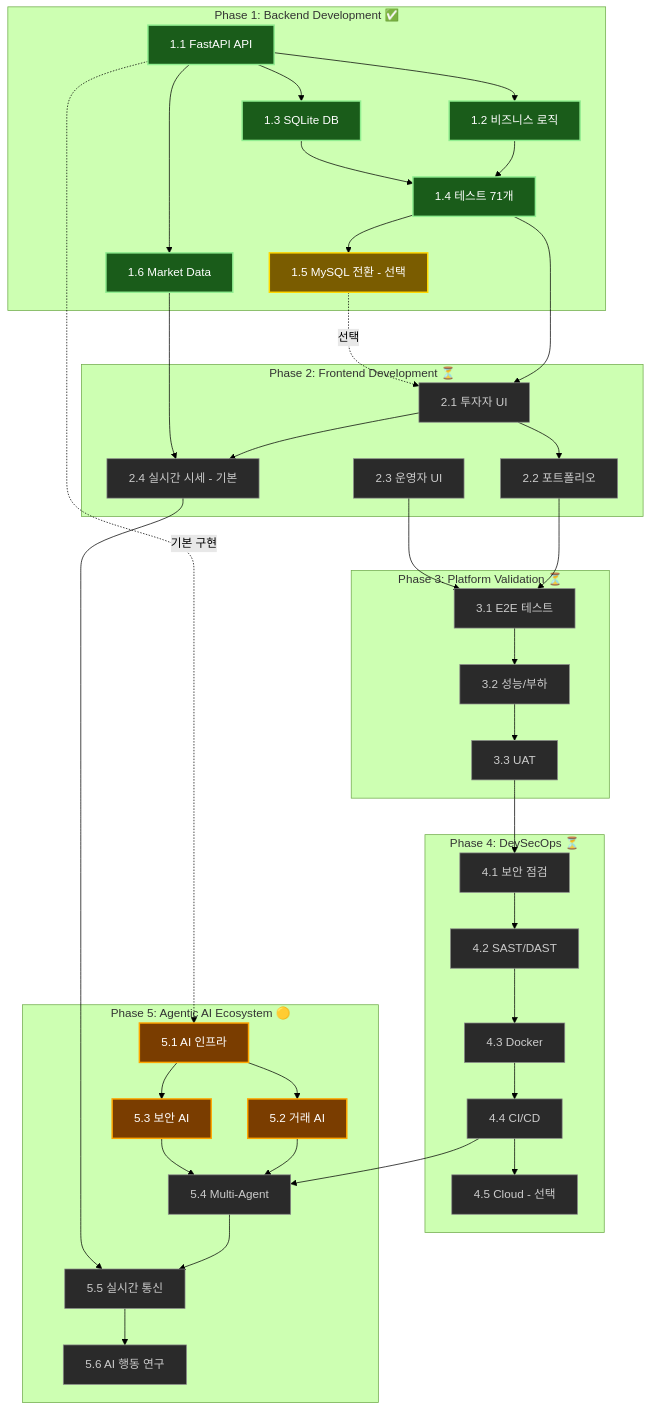
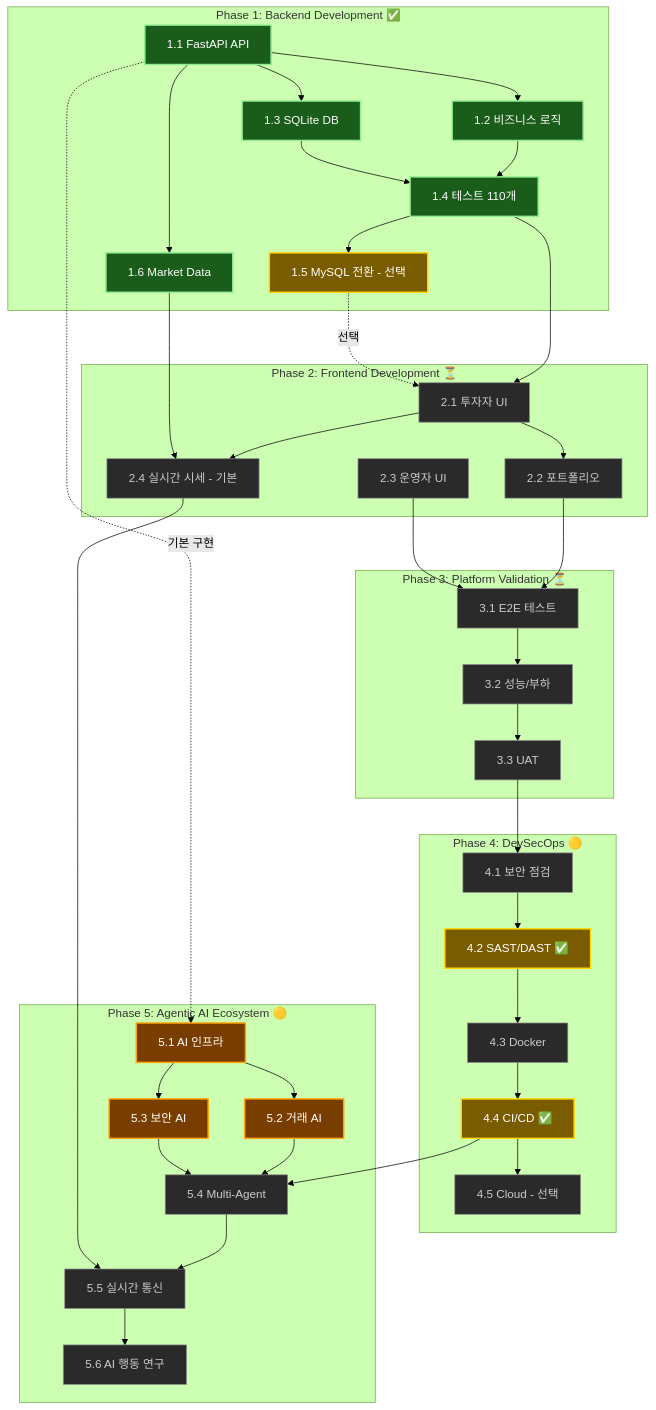
The first of 2 diagrams in README.md (phantomITer/devsecops-trading-platform-lab-with-agentic-ai), drawn with Mermaid (forest theme) before and after one commit. The commit also changed other lines of this file and 7 other files, not shown here.

````diff
--- a/README.md
+++ b/README.md
@@ -129,76 +129,76 @@
 ```mermaid
 graph TB
     subgraph P1["Phase 1: Backend Development ✅"]
         A1[1.1 FastAPI API] --> A2[1.2 비즈니스 로직]
         A1 --> A3[1.3 SQLite DB]
-        A2 --> A4[1.4 테스트 71개]
+        A2 --> A4[1.4 테스트 110개]
         A3 --> A4
         A4 --> A5[1.5 MySQL 전환 - 선택]
         A1 --> A6[1.6 Market Data]
     end
 
     subgraph P2["Phase 2: Frontend Development ⏳"]
         B1[2.1 투자자 UI]
         B2[2.2 포트폴리오]
         B3[2.3 운영자 UI]
         B4[2.4 실시간 시세 - 기본]
         B1 --> B2
         B1 --> B4
     end
 
     subgraph P3["Phase 3: Platform Validation ⏳"]
         C1[3.1 E2E 테스트]
         C2[3.2 성능/부하]
         C3[3.3 UAT]
         C1 --> C2
         C2 --> C3
     end
 
-    subgraph P4["Phase 4: DevSecOps ⏳"]
+    subgraph P4["Phase 4: DevSecOps 🟡"]
         D1[4.1 보안 점검]
-        D2[4.2 SAST/DAST]
+        D2[4.2 SAST/DAST ✅]
         D3[4.3 Docker]
-        D4[4.4 CI/CD]
+        D4[4.4 CI/CD ✅]
         D5[4.5 Cloud - 선택]
         D1 --> D2
         D2 --> D3
         D3 --> D4
         D4 --> D5
     end
 
     subgraph P5["Phase 5: Agentic AI Ecosystem 🟡"]
         E1[5.1 AI 인프라]
         E2[5.2 거래 AI]
         E3[5.3 보안 AI]
         E4[5.4 Multi-Agent]
         E5[5.5 실시간 통신]
         E6[5.6 AI 행동 연구]
         E1 --> E2
         E1 --> E3
         E2 --> E4
         E3 --> E4
         E4 --> E5
         E5 --> E6
     end
 
     %% Phase 간 의존성
     A4 --> B1
     A5 -.선택.-> B1
     A6 --> B4
     B2 --> C1
     B3 --> C1
     C3 --> D1
     A1 -.기본 구현.-> E1
     B4 --> E5
     D4 --> E4
 
     classDef completed fill:#1a5c1a,stroke:#90EE90,stroke-width:2px,color:#ffffff
     classDef inProgress fill:#7a5c00,stroke:#FFD700,stroke-width:2px,color:#ffffff
     classDef waiting fill:#2a2a2a,stroke:#888888,stroke-width:1px,color:#cccccc
     classDef partial fill:#7a3d00,stroke:#FFA500,stroke-width:2px,color:#ffffff
 
     class A1,A2,A3,A4,A6 completed
-    class A5 inProgress
-    class B1,B2,B3,B4,C1,C2,C3,D1,D2,D3,D4,D5,E4,E5,E6 waiting
+    class A5,D2,D4 inProgress
+    class B1,B2,B3,B4,C1,C2,C3,D1,D3,D5,E4,E5,E6 waiting
     class E1,E2,E3 partial
 ```
````
